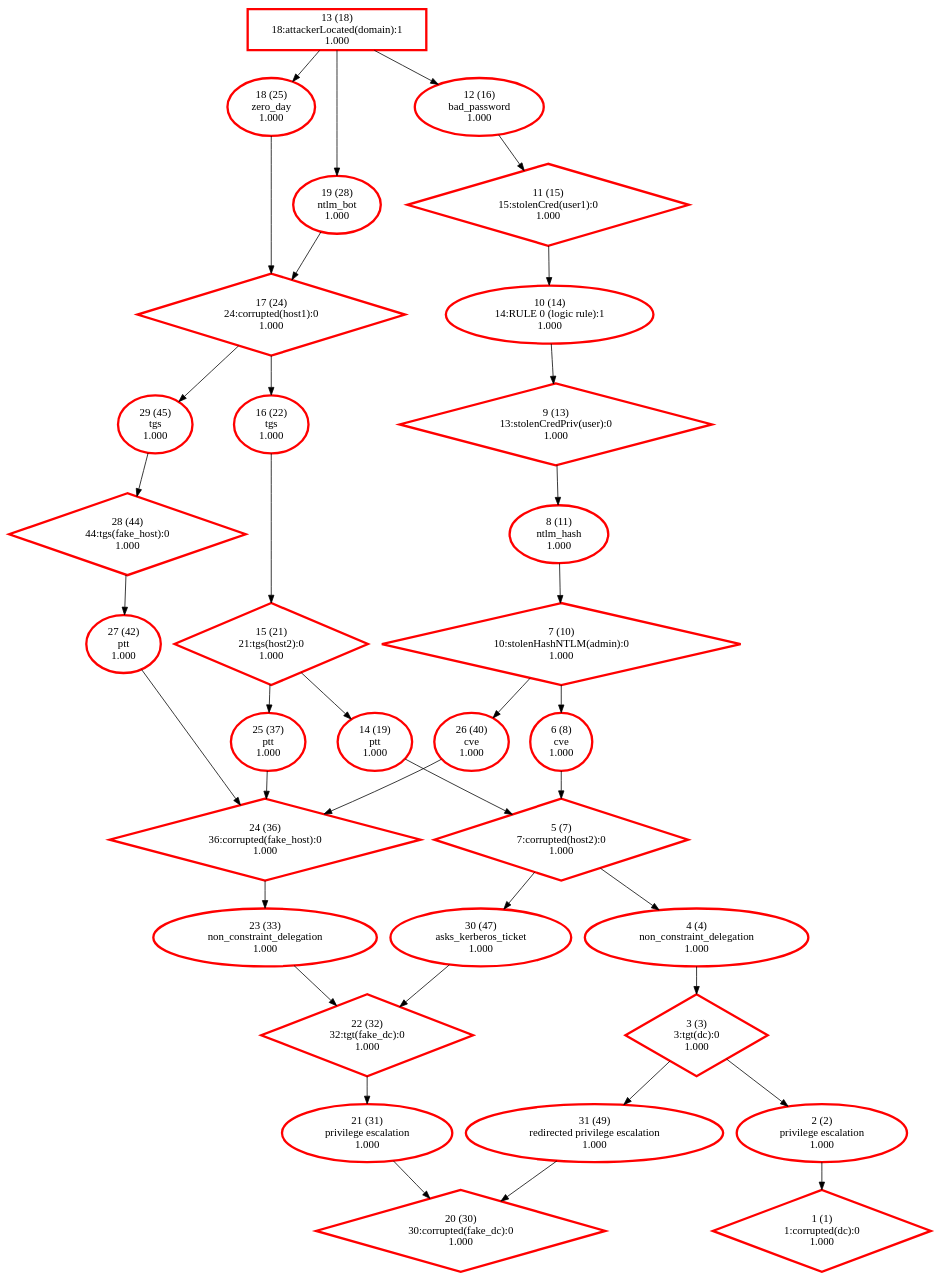
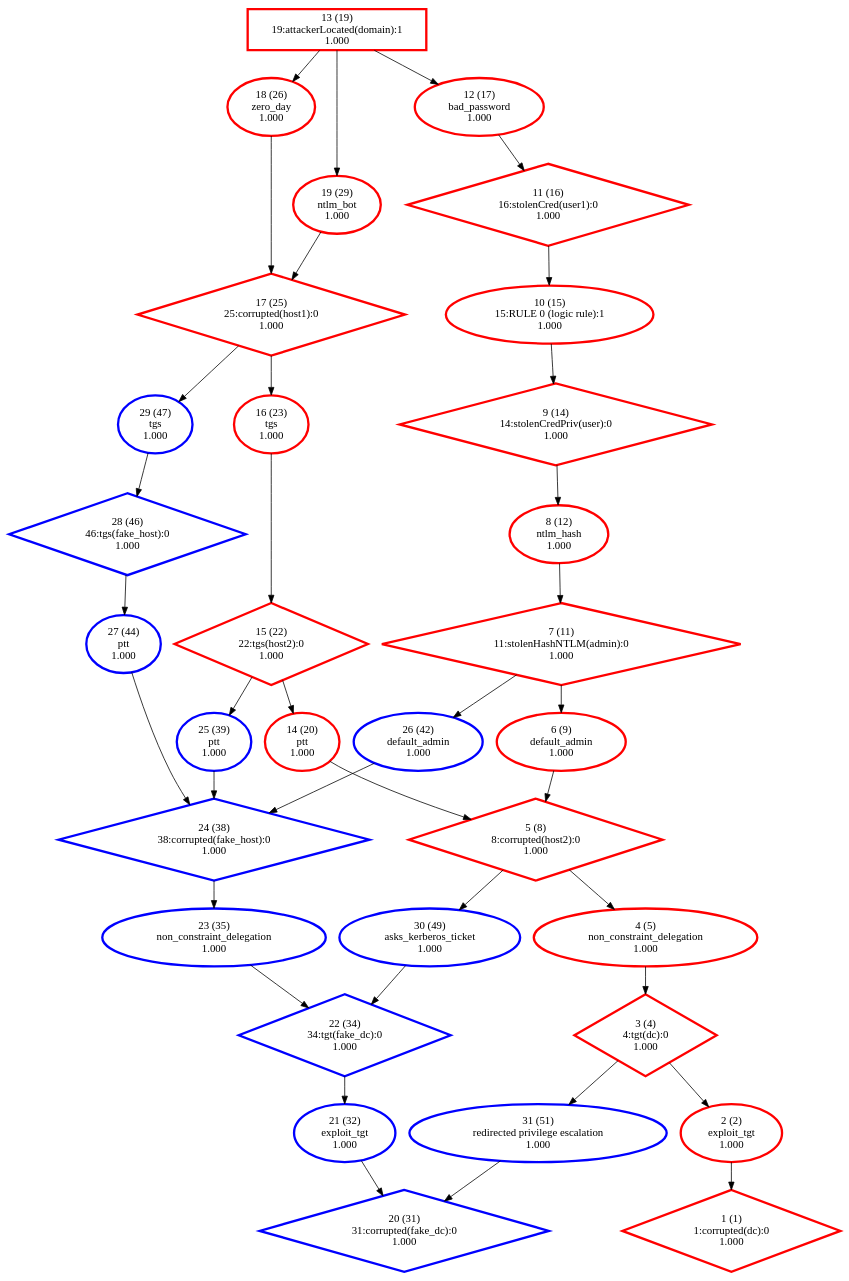
One commit to NathanaeldeLaChesnais/attacker_profiling_for_BAG_with_honeypots changed the diagram in Personnal_simulations/output_HightLevel/strongly_connected_components/BAG_ref.dot. Above: the diagram before and after it, drawn with Graphviz. The commit also changed 43 other files, not shown here.

Commit message:
Déjà quelques graphes interressants

```diff
--- a/Personnal_simulations/output_HightLevel/strongly_connected_components/BAG_ref.dot
+++ b/Personnal_simulations/output_HightLevel/strongly_connected_components/BAG_ref.dot
@@ -1,69 +1,69 @@
 digraph G {
-  1 [label="1 (1)\n1:corrupted(dc):0\n1.000", color="red", penwidth=3, shape="diamond"];
-  2 [label="2 (2)\nprivilege escalation\n1.000", color="red", penwidth=3, shape="ellipse"];
-  3 [label="3 (3)\n3:tgt(dc):0\n1.000", color="red", penwidth=3, shape="diamond"];
-  4 [label="4 (4)\nnon_constraint_delegation\n1.000", color="red", penwidth=3, shape="ellipse"];
-  5 [label="5 (7)\n7:corrupted(host2):0\n1.000", color="red", penwidth=3, shape="diamond"];
-  6 [label="6 (8)\ncve\n1.000", color="red", penwidth=3, shape="ellipse"];
-  7 [label="7 (10)\n10:stolenHashNTLM(admin):0\n1.000", color="red", penwidth=3, shape="diamond"];
-  8 [label="8 (11)\nntlm_hash\n1.000", color="red", penwidth=3, shape="ellipse"];
-  9 [label="9 (13)\n13:stolenCredPriv(user):0\n1.000", color="red", penwidth=3, shape="diamond"];
-  10 [label="10 (14)\n14:RULE 0 (logic rule):1\n1.000", color="red", penwidth=3, shape="ellipse"];
-  11 [label="11 (15)\n15:stolenCred(user1):0\n1.000", color="red", penwidth=3, shape="diamond"];
-  12 [label="12 (16)\nbad_password\n1.000", color="red", penwidth=3, shape="ellipse"];
-  13 [label="13 (18)\n18:attackerLocated(domain):1\n1.000", color="red", penwidth=3, shape="box"];
-  14 [label="14 (19)\nptt\n1.000", color="red", penwidth=3, shape="ellipse"];
-  15 [label="15 (21)\n21:tgs(host2):0\n1.000", color="red", penwidth=3, shape="diamond"];
-  16 [label="16 (22)\ntgs\n1.000", color="red", penwidth=3, shape="ellipse"];
-  17 [label="17 (24)\n24:corrupted(host1):0\n1.000", color="red", penwidth=3, shape="diamond"];
-  18 [label="18 (25)\nzero_day\n1.000", color="red", penwidth=3, shape="ellipse"];
-  19 [label="19 (28)\nntlm_bot\n1.000", color="red", penwidth=3, shape="ellipse"];
-  20 [label="20 (30)\n30:corrupted(fake_dc):0\n1.000", color="red", penwidth=3, shape="diamond"];
-  21 [label="21 (31)\nprivilege escalation\n1.000", color="red", penwidth=3, shape="ellipse"];
-  22 [label="22 (32)\n32:tgt(fake_dc):0\n1.000", color="red", penwidth=3, shape="diamond"];
-  23 [label="23 (33)\nnon_constraint_delegation\n1.000", color="red", penwidth=3, shape="ellipse"];
-  24 [label="24 (36)\n36:corrupted(fake_host):0\n1.000", color="red", penwidth=3, shape="diamond"];
-  25 [label="25 (37)\nptt\n1.000", color="red", penwidth=3, shape="ellipse"];
-  26 [label="26 (40)\ncve\n1.000", color="red", penwidth=3, shape="ellipse"];
-  27 [label="27 (42)\nptt\n1.000", color="red", penwidth=3, shape="ellipse"];
-  28 [label="28 (44)\n44:tgs(fake_host):0\n1.000", color="red", penwidth=3, shape="diamond"];
-  29 [label="29 (45)\ntgs\n1.000", color="red", penwidth=3, shape="ellipse"];
-  30 [label="30 (47)\nasks_kerberos_ticket\n1.000", color="red", penwidth=3, shape="ellipse"];
-  31 [label="31 (49)\nredirected privilege escalation\n1.000", color="red", penwidth=3, shape="ellipse"];
+  1 [label="1 (1)\n1:corrupted(dc):0\n1.000", color="#FF0000", penwidth=3, shape="diamond"];
+  2 [label="2 (2)\nexploit_tgt\n1.000", color="#FF0000", penwidth=3, shape="ellipse"];
+  3 [label="3 (4)\n4:tgt(dc):0\n1.000", color="#FF0000", penwidth=3, shape="diamond"];
+  4 [label="4 (5)\nnon_constraint_delegation\n1.000", color="#FF0000", penwidth=3, shape="ellipse"];
+  5 [label="5 (8)\n8:corrupted(host2):0\n1.000", color="#FF0000", penwidth=3, shape="diamond"];
+  6 [label="6 (9)\ndefault_admin\n1.000", color="#FF0000", penwidth=3, shape="ellipse"];
+  7 [label="7 (11)\n11:stolenHashNTLM(admin):0\n1.000", color="#FF0000", penwidth=3, shape="diamond"];
+  8 [label="8 (12)\nntlm_hash\n1.000", color="#FF0000", penwidth=3, shape="ellipse"];
+  9 [label="9 (14)\n14:stolenCredPriv(user):0\n1.000", color="#FF0000", penwidth=3, shape="diamond"];
+  10 [label="10 (15)\n15:RULE 0 (logic rule):1\n1.000", color="#FF0000", penwidth=3, shape="ellipse"];
+  11 [label="11 (16)\n16:stolenCred(user1):0\n1.000", color="#FF0000", penwidth=3, shape="diamond"];
+  12 [label="12 (17)\nbad_password\n1.000", color="#FF0000", penwidth=3, shape="ellipse"];
+  13 [label="13 (19)\n19:attackerLocated(domain):1\n1.000", color="#FF0000", penwidth=3, shape="box"];
+  14 [label="14 (20)\nptt\n1.000", color="#FF0000", penwidth=3, shape="ellipse"];
+  15 [label="15 (22)\n22:tgs(host2):0\n1.000", color="#FF0000", penwidth=3, shape="diamond"];
+  16 [label="16 (23)\ntgs\n1.000", color="#FF0000", penwidth=3, shape="ellipse"];
+  17 [label="17 (25)\n25:corrupted(host1):0\n1.000", color="#FF0000", penwidth=3, shape="diamond"];
+  18 [label="18 (26)\nzero_day\n1.000", color="#FF0000", penwidth=3, shape="ellipse"];
+  19 [label="19 (29)\nntlm_bot\n1.000", color="#FF0000", penwidth=3, shape="ellipse"];
+  20 [label="20 (31)\n31:corrupted(fake_dc):0\n1.000", color="blue", penwidth=3, shape="diamond"];
+  21 [label="21 (32)\nexploit_tgt\n1.000", color="blue", penwidth=3, shape="ellipse"];
+  22 [label="22 (34)\n34:tgt(fake_dc):0\n1.000", color="blue", penwidth=3, shape="diamond"];
+  23 [label="23 (35)\nnon_constraint_delegation\n1.000", color="blue", penwidth=3, shape="ellipse"];
+  24 [label="24 (38)\n38:corrupted(fake_host):0\n1.000", color="blue", penwidth=3, shape="diamond"];
+  25 [label="25 (39)\nptt\n1.000", color="blue", penwidth=3, shape="ellipse"];
+  26 [label="26 (42)\ndefault_admin\n1.000", color="blue", penwidth=3, shape="ellipse"];
+  27 [label="27 (44)\nptt\n1.000", color="blue", penwidth=3, shape="ellipse"];
+  28 [label="28 (46)\n46:tgs(fake_host):0\n1.000", color="blue", penwidth=3, shape="diamond"];
+  29 [label="29 (47)\ntgs\n1.000", color="blue", penwidth=3, shape="ellipse"];
+  30 [label="30 (49)\nasks_kerberos_ticket\n1.000", color="blue", penwidth=3, shape="ellipse"];
+  31 [label="31 (51)\nredirected privilege escalation\n1.000", color="blue", penwidth=3, shape="ellipse"];
   "13" -> "12";
   "13" -> "18";
   "13" -> "19";
   "12" -> "11";
   "11" -> "10";
   "10" -> "9";
   "9" -> "8";
   "8" -> "7";
   "7" -> "6";
   "7" -> "26";
   "6" -> "5";
   "5" -> "4";
   "5" -> "30";
   "18" -> "17";
   "17" -> "16";
   "17" -> "29";
   "19" -> "17";
   "16" -> "15";
   "15" -> "14";
   "15" -> "25";
   "14" -> "5";
   "4" -> "3";
   "3" -> "2";
   "3" -> "31";
   "2" -> "1";
   "25" -> "24";
   "24" -> "23";
   "26" -> "24";
   "29" -> "28";
   "28" -> "27";
   "27" -> "24";
   "23" -> "22";
   "22" -> "21";
   "30" -> "22";
   "21" -> "20";
   "31" -> "20";
 }
```
